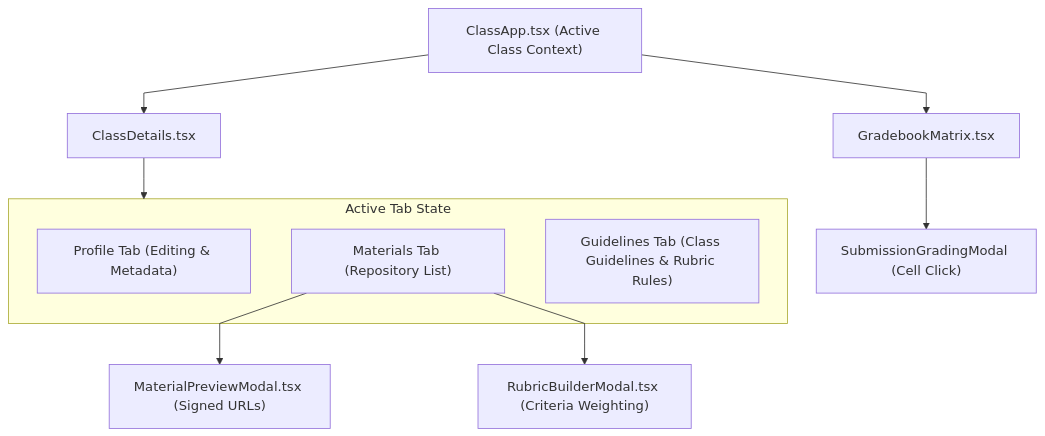
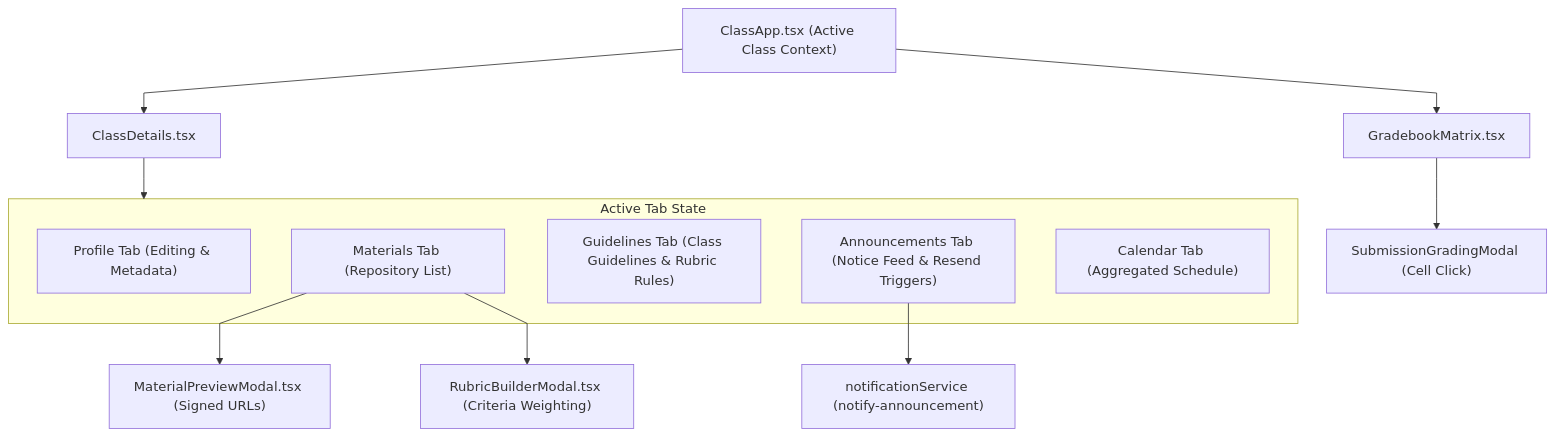
One commit to VictorBravo9er/Teacher-Assistant-Workspace changed the diagram in frontend/src/features/classroom/code.ARCH.md. Above: the diagram before and after it, drawn with Mermaid. The commit also changed other lines of this file and 25 other files, not shown here.

````diff
--- a/frontend/src/features/classroom/code.ARCH.md
+++ b/frontend/src/features/classroom/code.ARCH.md
@@ -9,18 +9,21 @@
 ```mermaid
 %%{init: {'flowchart': {'curve': 'linear'}}}%%
 flowchart TD
     ClassApp["ClassApp.tsx (Active Class Context)"] --> ClassDetails["ClassDetails.tsx"]
     
     subgraph Tabs["Active Tab State"]
         Profile["Profile Tab (Editing & Metadata)"]
         Materials["Materials Tab (Repository List)"]
         Instructions["Guidelines Tab (Class Guidelines & Rubric Rules)"]
+        Announcements["Announcements Tab (Notice Feed & Resend Triggers)"]
+        Calendar["Calendar Tab (Aggregated Schedule)"]
     end
 
     ClassDetails --> Tabs
     Materials --> PreviewModal["MaterialPreviewModal.tsx (Signed URLs)"]
     Materials --> RubricBuilder["RubricBuilderModal.tsx (Criteria Weighting)"]
+    Announcements --> NotifyService["notificationService (notify-announcement)"]
     
     ClassApp --> Gradebook["GradebookMatrix.tsx"]
     Gradebook --> SubmissionGrading["SubmissionGradingModal (Cell Click)"]
 ```
````
